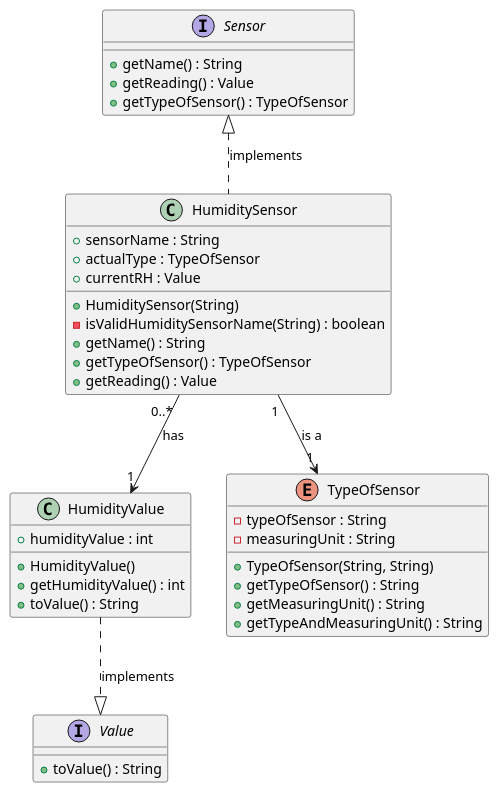
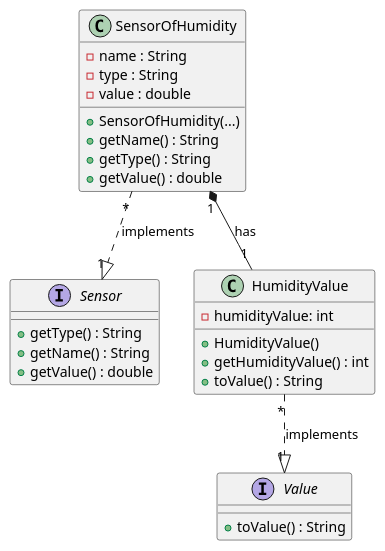
One commit to ozepedrorodrigues/projetoIntermedio changed the diagram in projetoIntermedio/docs/Class/UseCase/UC11/UC11.puml. Above: the diagram before and after it, drawn with PlantUML. The commit also changed 5 other files, not shown here.

```diff
--- a/projetoIntermedio/docs/Class/UseCase/UC11/UC11.puml
+++ b/projetoIntermedio/docs/Class/UseCase/UC11/UC11.puml
@@ -1,56 +1,38 @@
 @startuml
 
 interface Sensor {
-}
-class HumiditySensor {
-}
-interface Value {
-}
-class HumidityValue  {
-}
-enum TypeOfSensor {
+
+  + getType() : String
+  + getName() : String
+  + getValue() : double
 }
 
-enum TypeOfSensor {
--typeOfSensor : String
--measuringUnit : String
-+TypeOfSensor(String, String)
-+getTypeOfSensor() : String
-+getMeasuringUnit() : String
-+getTypeAndMeasuringUnit() : String
+class SensorOfHumidity {
+  - name : String
+  - type : String
+  - value : double
+
+  + SensorOfHumidity(...)
+  + getName() : String
+  + getType() : String
+  + getValue() : double
 }
 
-interface Sensor {
-+getName() : String
-+getReading() : Value
-+getTypeOfSensor() : TypeOfSensor
-}
+class HumidityValue {
+  - humidityValue: int
 
-class HumiditySensor {
-+sensorName : String
-+actualType : TypeOfSensor
-+currentRH : Value
-+HumiditySensor(String)
--isValidHumiditySensorName(String) : boolean
-+getName() : String
-+getTypeOfSensor() : TypeOfSensor
-+getReading() : Value
+  + HumidityValue()
+  + getHumidityValue() : int
+  + toValue() : String
 }
 
 interface Value {
-+toValue() : String
+  + toValue() : String
 }
 
-class HumidityValue {
-+humidityValue : int
-+HumidityValue()
-+getHumidityValue() : int
-+toValue() : String
-}
+SensorOfHumidity "*" ..|> "1" Sensor : implements
+SensorOfHumidity "1" *-- "1" HumidityValue : has
 
-Sensor <|.. HumiditySensor : implements
-HumiditySensor"0..* " --> "1"HumidityValue : has
-HumidityValue ..|> Value : implements
-HumiditySensor"1 " --> "1"TypeOfSensor : is a
+HumidityValue "*" ..|> "1" Value : implements
 
 @enduml
```
